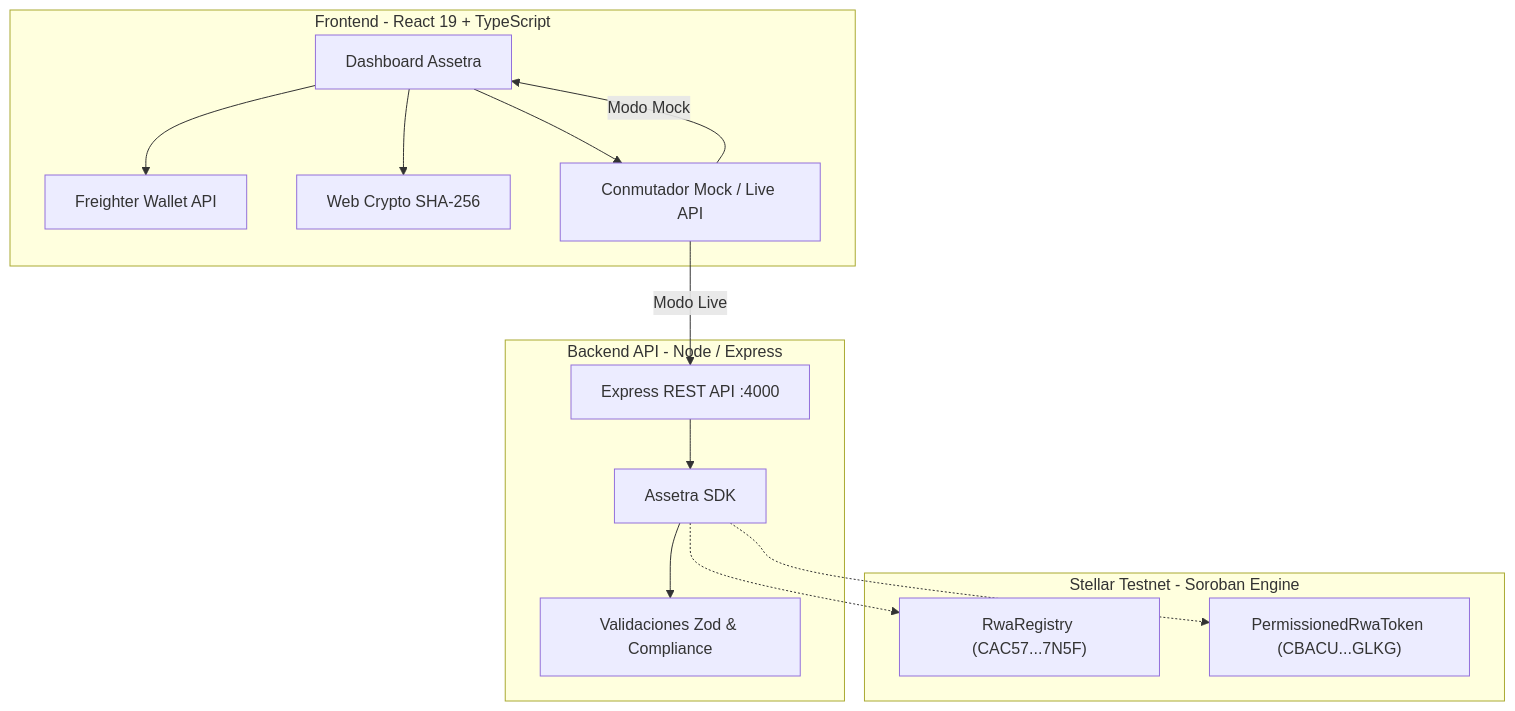
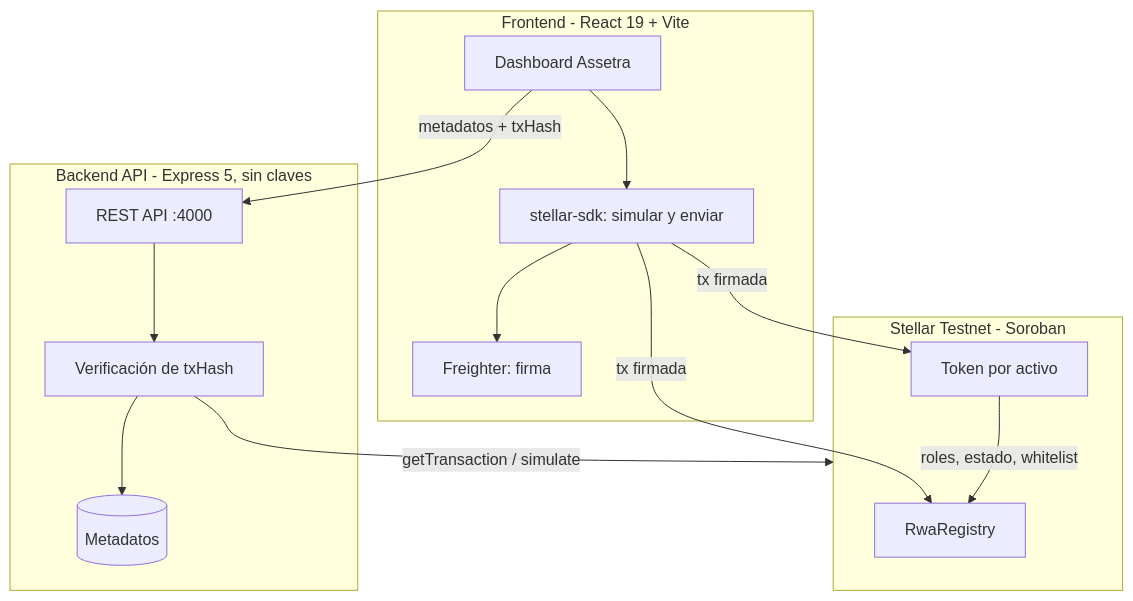
The second of 2 diagrams in README.md (DAVV422/Assetra), drawn with Mermaid before and after one commit. The commit also changed other lines of this file and 4 other files, not shown here.

````diff
--- a/README.md
+++ b/README.md
@@ -44,30 +114,27 @@
 ```mermaid
 graph TD
-    subgraph Frontend [Frontend - React 19 + TypeScript]
+    subgraph Frontend [Frontend - React 19 + Vite]
         UI[Dashboard Assetra]
-        Freighter[Freighter Wallet API]
-        Crypto[Web Crypto SHA-256]
-        Switcher[Conmutador Mock / Live API]
+        Freighter[Freighter: firma]
+        SDK[stellar-sdk: simular y enviar]
     end
 
-    subgraph Backend [Backend API - Node / Express]
-        API[Express REST API :4000]
-        SDK[Assetra SDK]
-        Zod[Validaciones Zod & Compliance]
+    subgraph Backend [Backend API - Express 5, sin claves]
+        API[REST API :4000]
+        Verify[Verificación de txHash]
+        Store[(Metadatos)]
     end
 
-    subgraph Stellar [Stellar Testnet - Soroban Engine]
-        Registry["RwaRegistry (CAC57...7N5F)"]
-        Token["PermissionedRwaToken (CBACU...GLKG)"]
+    subgraph Stellar [Stellar Testnet - Soroban]
+        Registry["RwaRegistry"]
+        Token["Token por activo"]
     end
 
-    UI --> Freighter
-    UI --> Crypto
-    UI --> Switcher
-    Switcher -->|Modo Mock| UI
-    Switcher -->|Modo Live| API
-    API --> SDK
-    SDK --> Zod
-    SDK -.-> Registry
-    SDK -.-> Token
+    UI --> SDK --> Freighter
+    SDK -->|tx firmada| Registry
+    SDK -->|tx firmada| Token
+    Token -->|roles, estado, whitelist| Registry
+    UI -->|metadatos + txHash| API
+    API --> Verify -->|getTransaction / simulate| Stellar
+    Verify --> Store
 ```
````
